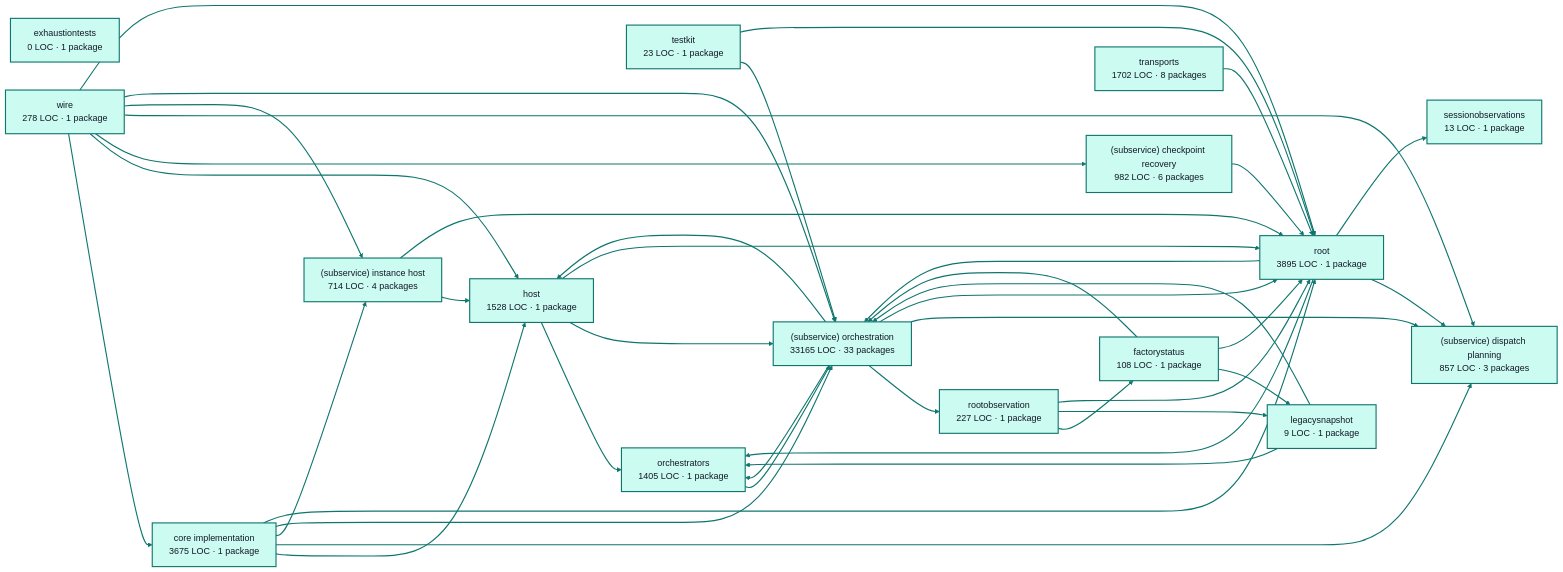
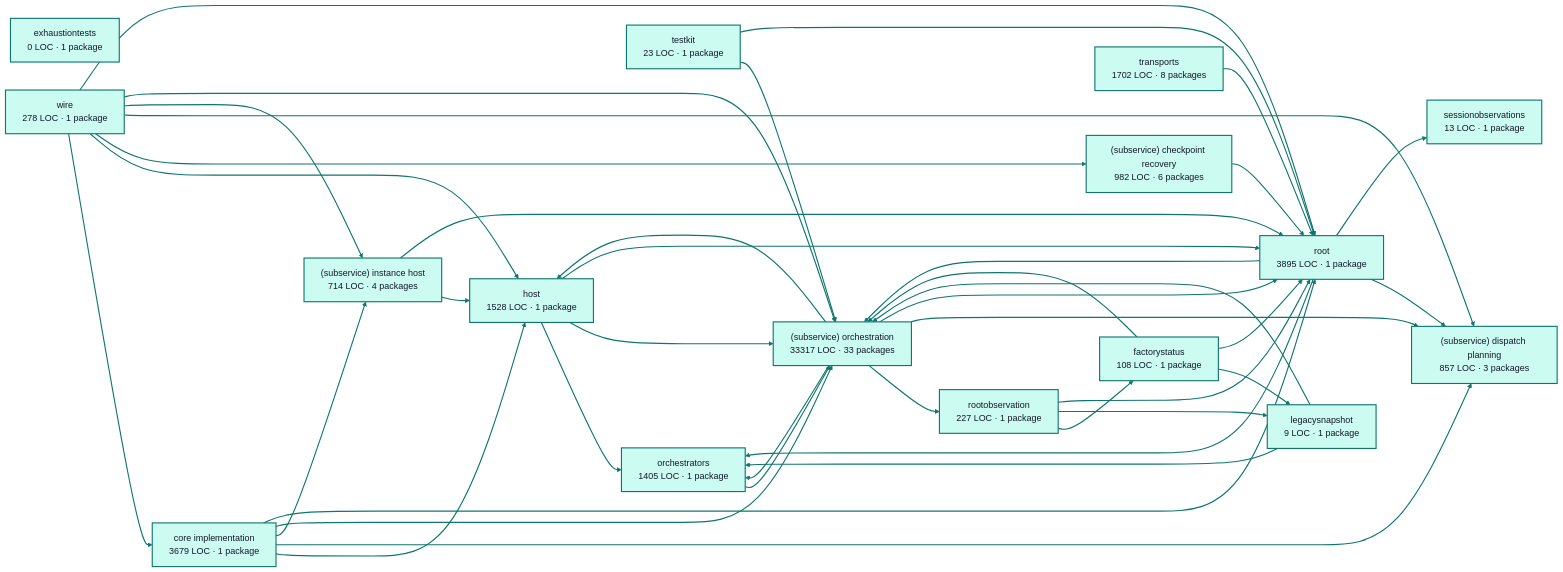
Before and after one commit to portpowered/you-agent-factory: the diagram in docs/architecture/visualizations/services/factory_runtime.md, drawn with Mermaid. The commit also changed other lines of this file and 20 other files, not shown here.

Commit message:
docs: refresh backend architecture visualizations

````diff
--- a/docs/architecture/visualizations/services/factory_runtime.md
+++ b/docs/architecture/visualizations/services/factory_runtime.md
@@ -11,75 +11,75 @@
 ```mermaid
 flowchart LR
-  p0["core implementation<br/>3675 LOC · 1 package"]
+  p0["core implementation<br/>3679 LOC · 1 package"]
   p1["exhaustiontests<br/>0 LOC · 1 package"]
   p2["factorystatus<br/>108 LOC · 1 package"]
   p3["host<br/>1528 LOC · 1 package"]
   p4["legacysnapshot<br/>9 LOC · 1 package"]
   p5["orchestrators<br/>1405 LOC · 1 package"]
   p6["rootobservation<br/>227 LOC · 1 package"]
   p7["(subservice) checkpoint recovery<br/>982 LOC · 6 packages"]
   p8["(subservice) dispatch planning<br/>857 LOC · 3 packages"]
   p9["(subservice) instance host<br/>714 LOC · 4 packages"]
-  p10["(subservice) orchestration<br/>33165 LOC · 33 packages"]
+  p10["(subservice) orchestration<br/>33317 LOC · 33 packages"]
   p11["sessionobservations<br/>13 LOC · 1 package"]
   p12["testkit<br/>23 LOC · 1 package"]
   p13["root<br/>3895 LOC · 1 package"]
   p14["transports<br/>1702 LOC · 8 packages"]
   p15["wire<br/>278 LOC · 1 package"]
   p0 --> p3
   p0 --> p8
   p0 --> p9
   p0 --> p10
   p0 --> p13
   p2 --> p4
   p2 --> p10
   p2 --> p13
   p3 --> p5
   p3 --> p10
   p3 --> p13
   p4 --> p5
   p4 --> p10
   p5 --> p10
   p6 --> p2
   p6 --> p4
   p6 --> p13
   p7 --> p13
   p9 --> p3
   p9 --> p13
   p10 --> p3
   p10 --> p5
   p10 --> p6
   p10 --> p8
   p10 --> p13
   p12 --> p10
   p12 --> p13
   p13 --> p5
   p13 --> p8
   p13 --> p10
   p13 --> p11
   p14 --> p13
   p15 --> p0
   p15 --> p3
   p15 --> p7
   p15 --> p8
   p15 --> p9
   p15 --> p10
   p15 --> p13
   style p0 fill:#ccfbf1,stroke:#0f766e,stroke-width:2px,color:#111827
   style p1 fill:#ccfbf1,stroke:#0f766e,stroke-width:2px,color:#111827
   style p2 fill:#ccfbf1,stroke:#0f766e,stroke-width:2px,color:#111827
   style p3 fill:#ccfbf1,stroke:#0f766e,stroke-width:2px,color:#111827
   style p4 fill:#ccfbf1,stroke:#0f766e,stroke-width:2px,color:#111827
   style p5 fill:#ccfbf1,stroke:#0f766e,stroke-width:2px,color:#111827
   style p6 fill:#ccfbf1,stroke:#0f766e,stroke-width:2px,color:#111827
   style p7 fill:#ccfbf1,stroke:#0f766e,stroke-width:2px,color:#111827
   style p8 fill:#ccfbf1,stroke:#0f766e,stroke-width:2px,color:#111827
   style p9 fill:#ccfbf1,stroke:#0f766e,stroke-width:2px,color:#111827
   style p10 fill:#ccfbf1,stroke:#0f766e,stroke-width:2px,color:#111827
   style p11 fill:#ccfbf1,stroke:#0f766e,stroke-width:2px,color:#111827
   style p12 fill:#ccfbf1,stroke:#0f766e,stroke-width:2px,color:#111827
   style p13 fill:#ccfbf1,stroke:#0f766e,stroke-width:2px,color:#111827
   style p14 fill:#ccfbf1,stroke:#0f766e,stroke-width:2px,color:#111827
   style p15 fill:#ccfbf1,stroke:#0f766e,stroke-width:2px,color:#111827
   linkStyle default stroke:#0f766e,stroke-width:2px
 ```
````
